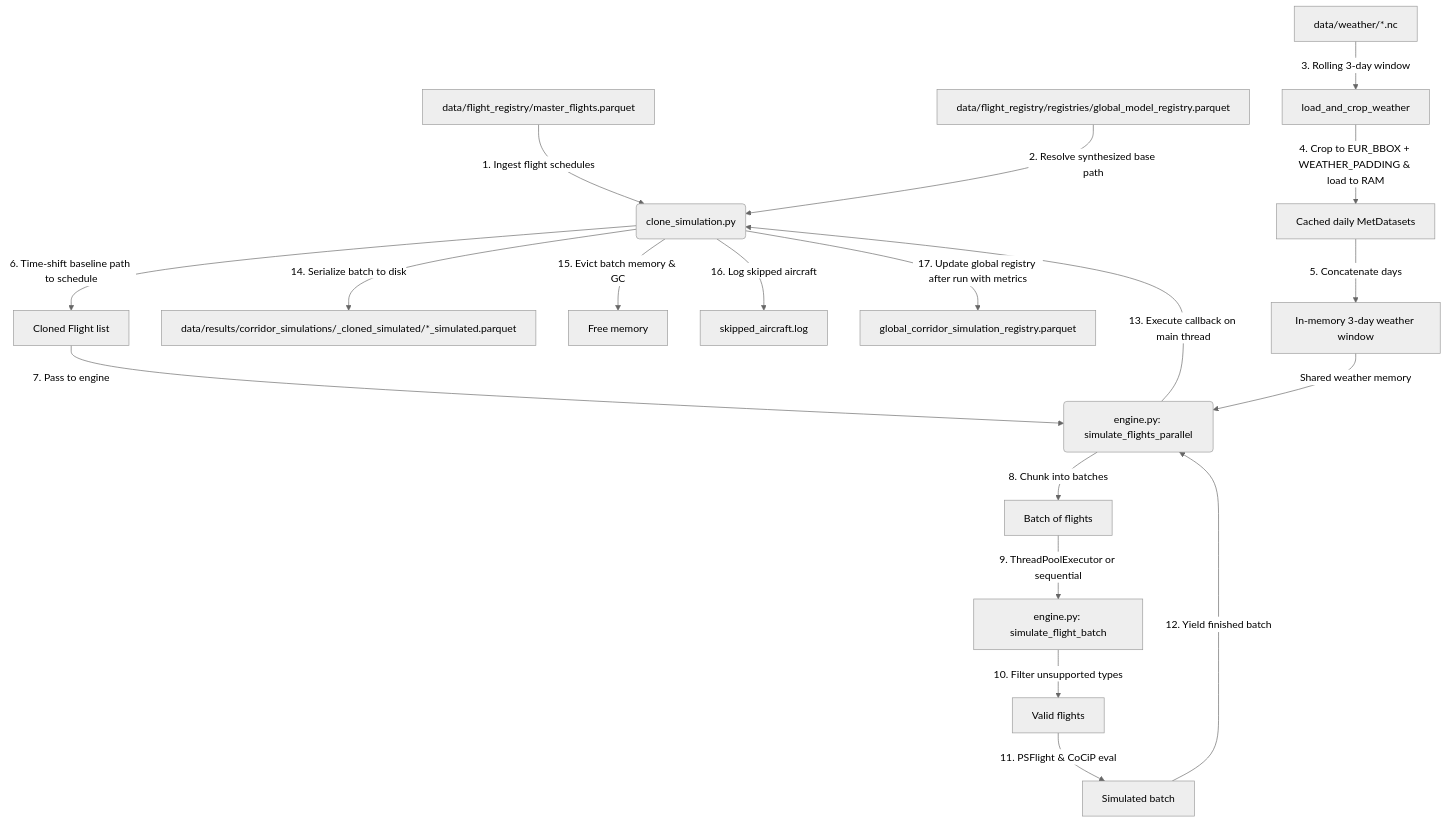
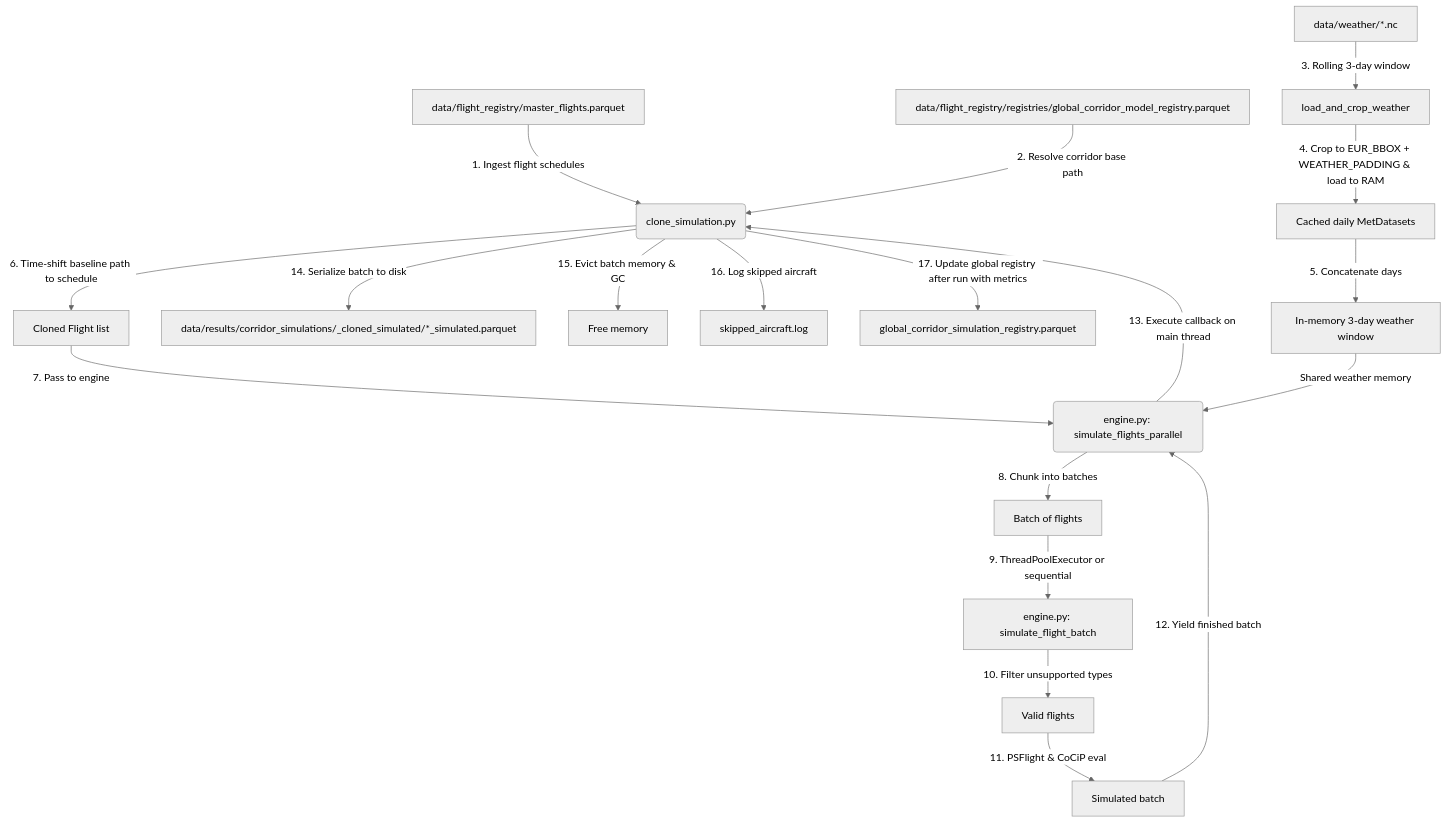
One commit to Bauzement123/flight-physics-pipeline changed the second of 2 diagrams in src/core/physics/README.md. Above: the diagram before and after it, drawn with Mermaid (neutral theme). The commit also changed other lines of this file and 16 other files, not shown here.

````diff
--- a/src/core/physics/README.md
+++ b/src/core/physics/README.md
@@ -112,24 +112,24 @@
 ```mermaid
 graph TD
     A[data/flight_registry/master_flights.parquet] -->|1. Ingest flight schedules| B(clone_simulation.py)
-    C[data/flight_registry/registries/global_model_registry.parquet] -->|2. Resolve synthesized base path| B
+    C[data/flight_registry/registries/global_corridor_model_registry.parquet] -->|2. Resolve corridor base path| B
     D[data/weather/*.nc] -->|3. Rolling 3-day window| E[load_and_crop_weather]
     E -->|4. Crop to EUR_BBOX + WEATHER_PADDING & load to RAM| F[Cached daily MetDatasets]
     F -->|5. Concatenate days| G[In-memory 3-day weather window]
     
     B -->|6. Time-shift baseline path to schedule| H[Cloned Flight list]
     H -->|7. Pass to engine| I(engine.py: simulate_flights_parallel)
     G -->|Shared weather memory| I
     
     I -->|8. Chunk into batches| J[Batch of flights]
     J -->|9. ThreadPoolExecutor or sequential| K[engine.py: simulate_flight_batch]
     K -->|10. Filter unsupported types| L[Valid flights]
     L -->|11. PSFlight & CoCiP eval| M[Simulated batch]
     
     M -->|12. Yield finished batch| I
     I -->|13. Execute callback on main thread| B
     B -->|14. Serialize batch to disk| N["data/results/corridor_simulations/<route>_cloned_simulated/*_simulated.parquet"]
     B -->|15. Evict batch memory & GC| RAM[Free memory]
     B -->|16. Log skipped aircraft| O[skipped_aircraft.log]
     B -->|17. Update global registry after run with metrics| P[global_corridor_simulation_registry.parquet]
 ```
````
